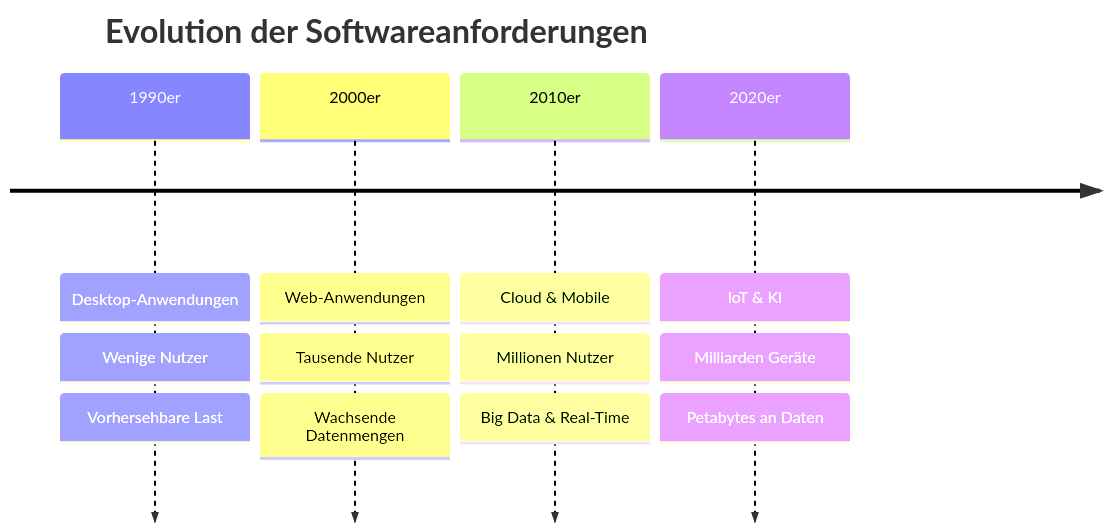
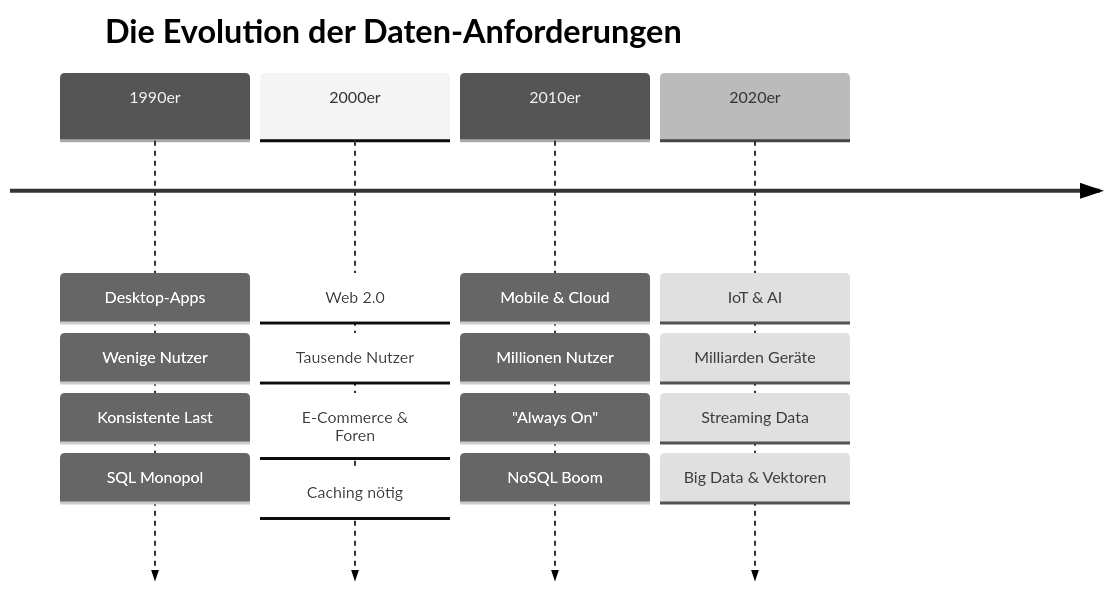
Before and after one commit to mciwing/data-campus: the first of 3 diagrams in docs/database/moderne_systeme.md, drawn with Mermaid. The commit also changed other lines of this file and 2 other files, not shown here.

````diff
--- a/docs/database/moderne_systeme.md
+++ b/docs/database/moderne_systeme.md
@@ -14,8 +14,13 @@
 ```mermaid
+---
+config:
+  logLevel: 'debug'
+  theme: 'neutral'
+---
 timeline
-    title Evolution der Softwareanforderungen
-    1990er : Desktop-Anwendungen : Wenige Nutzer : Vorhersehbare Last
-    2000er : Web-Anwendungen : Tausende Nutzer : Wachsende Datenmengen
-    2010er : Cloud & Mobile : Millionen Nutzer : Big Data & Real-Time
-    2020er : IoT & KI : Milliarden Geräte : Petabytes an Daten
+    title Die Evolution der Daten-Anforderungen
+    1990er : Desktop-Apps : Wenige Nutzer : Konsistente Last : SQL Monopol
+    2000er : Web 2.0 : Tausende Nutzer : E-Commerce & Foren : Caching nötig
+    2010er : Mobile & Cloud : Millionen Nutzer : "Always On" : NoSQL Boom
+    2020er : IoT & AI : Milliarden Geräte : Streaming Data : Big Data & Vektoren
 ```
````
